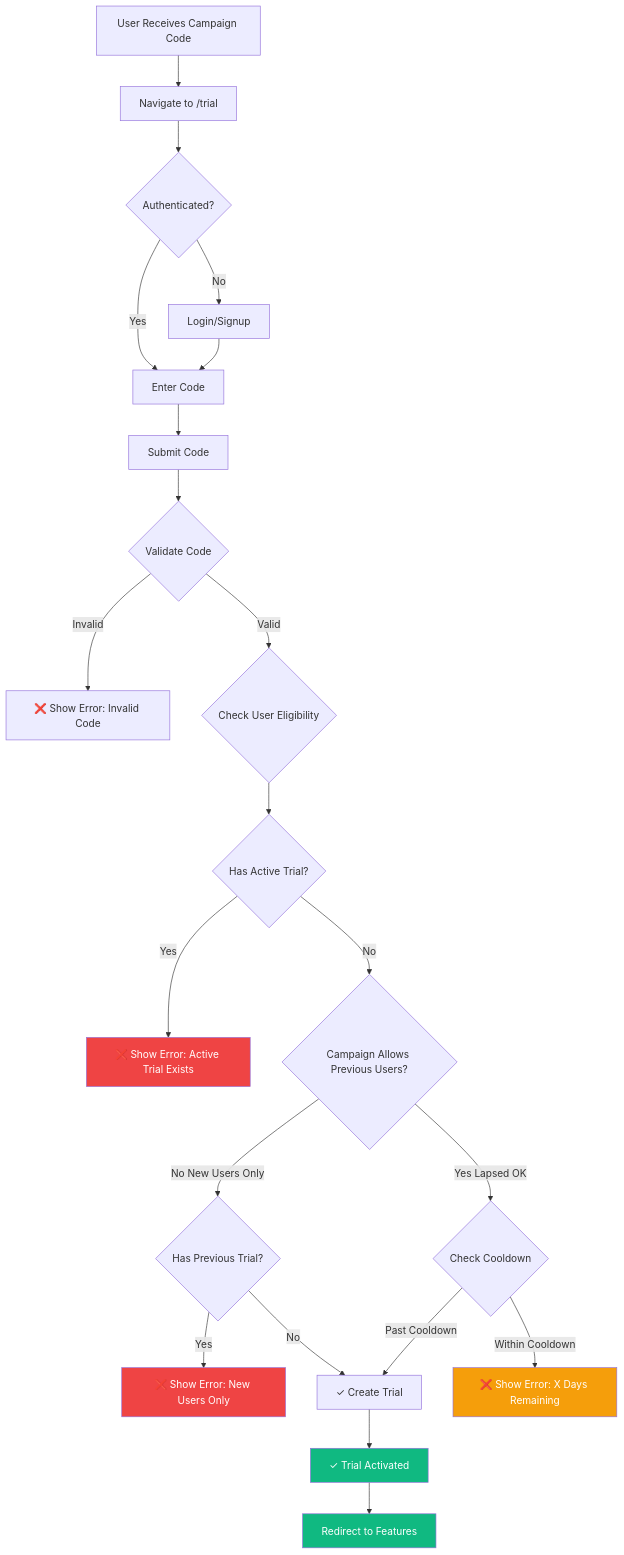
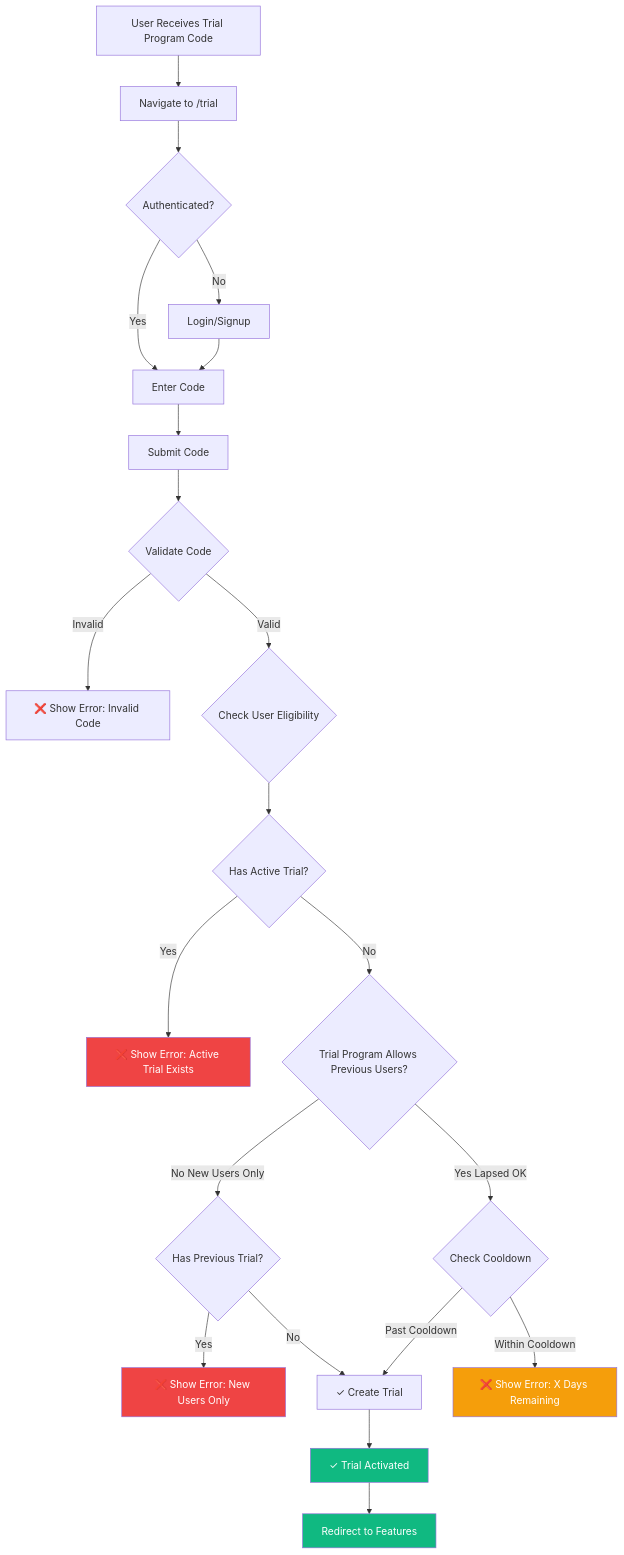
The second of 4 diagrams in docs/planning/trial-eligibility-enhancement/TRIAL-ELIGIBILITY-WF-PRD.md (jmcoleman/codescribe-ai), drawn with Mermaid before and after one commit. The commit also changed other lines of this file and 64 other files, not shown here.

````diff
--- a/docs/planning/trial-eligibility-enhancement/TRIAL-ELIGIBILITY-WF-PRD.md
+++ b/docs/planning/trial-eligibility-enhancement/TRIAL-ELIGIBILITY-WF-PRD.md
@@ -274,29 +274,29 @@
 ```mermaid
 flowchart TD
-    A[User Receives Campaign Code] --> B[Navigate to /trial]
+    A[User Receives Trial Program Code] --> B[Navigate to /trial]
     B --> C{Authenticated?}
     C -->|No| D[Login/Signup]
     C -->|Yes| E[Enter Code]
     D --> E
     E --> F[Submit Code]
     F --> G{Validate Code}
     G -->|Invalid| H[❌ Show Error: Invalid Code]
     G -->|Valid| I{Check User Eligibility}
     I --> J{Has Active Trial?}
     J -->|Yes| K[❌ Show Error: Active Trial Exists]
-    J -->|No| L{Campaign Allows Previous Users?}
+    J -->|No| L{Trial Program Allows Previous Users?}
     L -->|No New Users Only| M{Has Previous Trial?}
     M -->|Yes| N[❌ Show Error: New Users Only]
     M -->|No| O[✓ Create Trial]
     L -->|Yes Lapsed OK| P{Check Cooldown}
     P -->|Within Cooldown| Q[❌ Show Error: X Days Remaining]
     P -->|Past Cooldown| O
     O --> R[✓ Trial Activated]
     R --> S[Redirect to Features]
 
     style R fill:#10b981,color:#fff
     style S fill:#10b981,color:#fff
     style K fill:#ef4444,color:#fff
     style N fill:#ef4444,color:#fff
     style Q fill:#f59e0b,color:#fff
 ```
````
